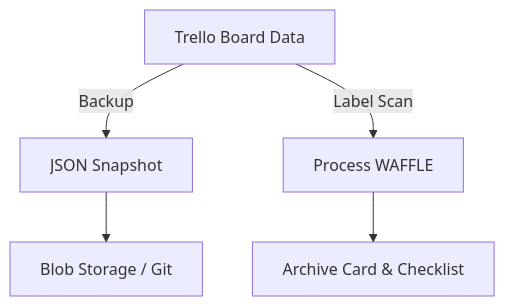
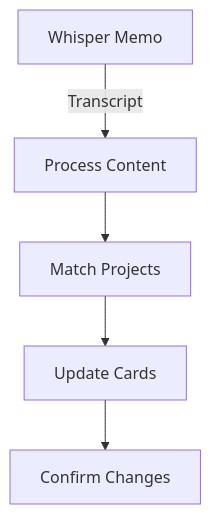
Before and after one commit to FTFC1/hibiscus-studio: the second of 3 diagrams in knowledge-archaeology/outputs/TrelloMCP/README_TRELLO_MCP.md, drawn with Mermaid. The commit also changed other lines of this file and 291 other files, not shown here.

````diff
--- a/knowledge-archaeology/outputs/TrelloMCP/README_TRELLO_MCP.md
+++ b/knowledge-archaeology/outputs/TrelloMCP/README_TRELLO_MCP.md
@@ -17,7 +66,7 @@
 ```mermaid
 graph TD;
-  A[Trello Board Data] -->|Backup| B[JSON Snapshot];
-  B --> C[Blob Storage / Git];
-  A -->|Label Scan| D[Process WAFFLE];
-  D --> E[Archive Card & Checklist];
+  A[Whisper Memo] -->|Transcript| B[Process Content];
+  B --> C[Match Projects];
+  C --> D[Update Cards];
+  D --> E[Confirm Changes];
 ```
````
